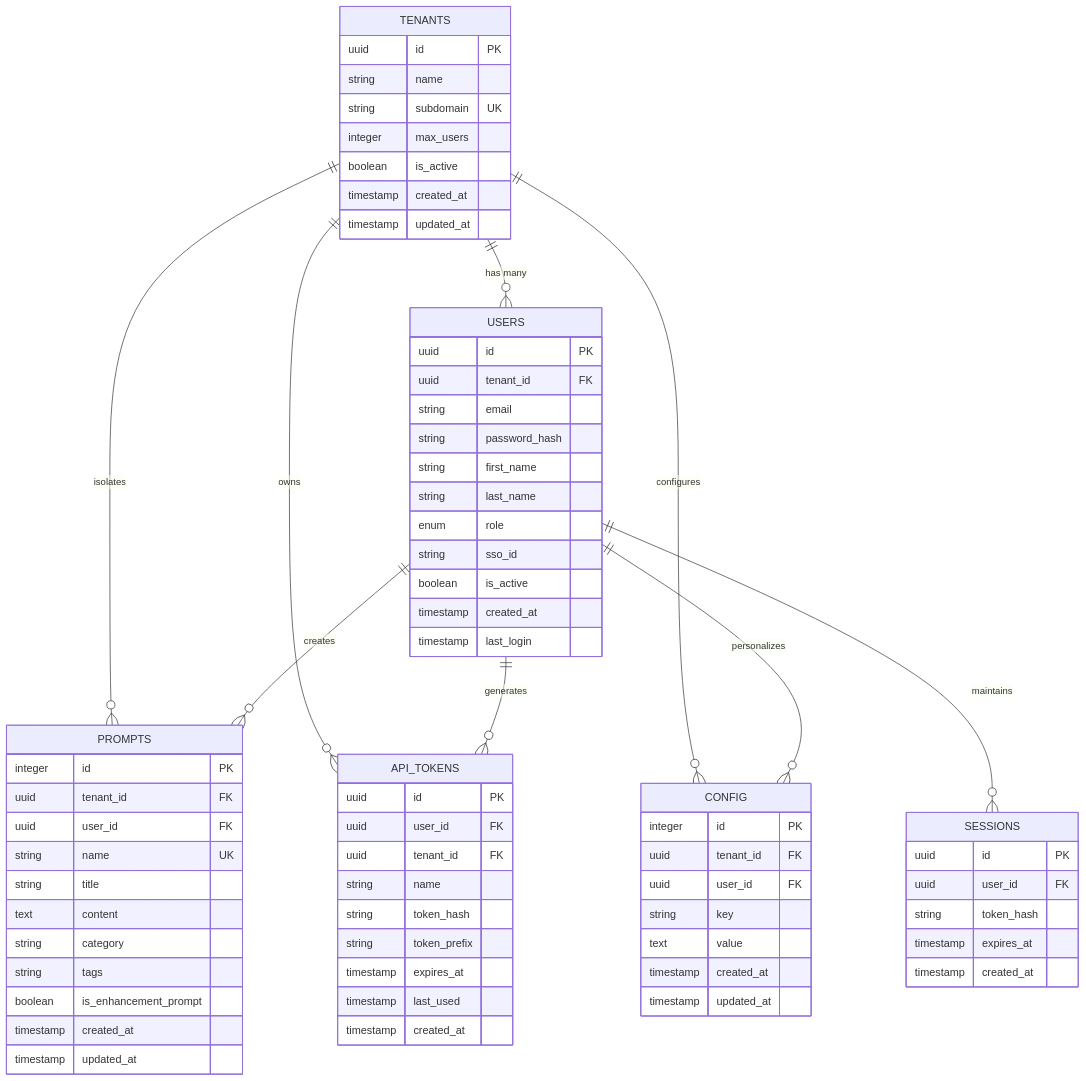
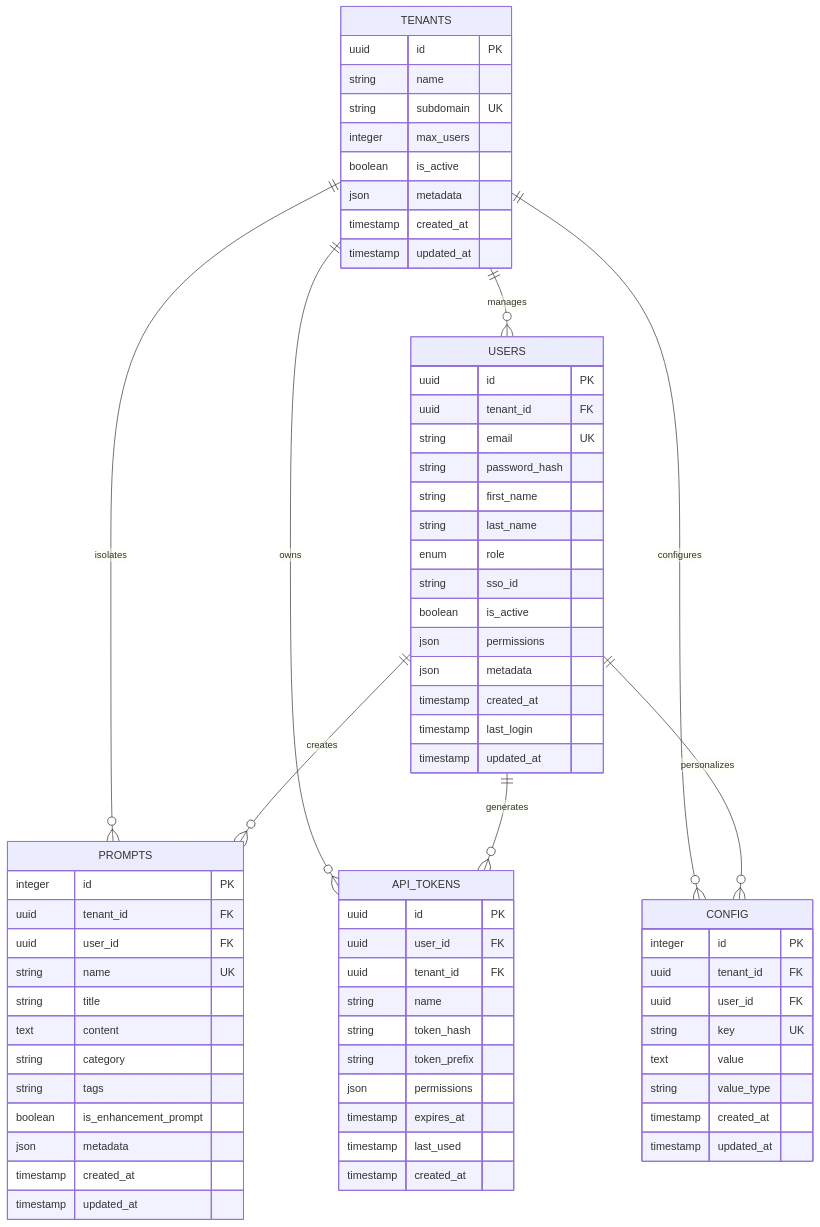
Before and after one commit to MakerCorn/ai-prompt-manager: the seventh of 16 diagrams in ARCHITECTURE.md, drawn with Mermaid. The commit also changed other lines of this file and 39 other files, not shown here.

````diff
--- a/ARCHITECTURE.md
+++ b/ARCHITECTURE.md
@@ -322,81 +426,79 @@
 ```mermaid
 erDiagram
     TENANTS {
         uuid id PK
         string name
         string subdomain UK
         integer max_users
         boolean is_active
+        json metadata
         timestamp created_at
         timestamp updated_at
     }
 
     USERS {
         uuid id PK
         uuid tenant_id FK
-        string email
+        string email UK
         string password_hash
         string first_name
         string last_name
         enum role
         string sso_id
         boolean is_active
+        json permissions
+        json metadata
         timestamp created_at
         timestamp last_login
+        timestamp updated_at
     }
 
     PROMPTS {
         integer id PK
         uuid tenant_id FK
         uuid user_id FK
         string name UK
         string title
         text content
         string category
         string tags
         boolean is_enhancement_prompt
+        json metadata
         timestamp created_at
         timestamp updated_at
     }
 
     API_TOKENS {
         uuid id PK
         uuid user_id FK
         uuid tenant_id FK
         string name
         string token_hash
         string token_prefix
+        json permissions
         timestamp expires_at
         timestamp last_used
         timestamp created_at
     }
 
     CONFIG {
         integer id PK
         uuid tenant_id FK
         uuid user_id FK
-        string key
+        string key UK
         text value
+        string value_type
         timestamp created_at
         timestamp updated_at
     }
 
-    SESSIONS {
-        uuid id PK
-        uuid user_id FK
-        string token_hash
-        timestamp expires_at
-        timestamp created_at
-    }
-
-    %% Relationships
-    TENANTS ||--o{ USERS : "has many"
+    %% Relationships with proper constraints
+    TENANTS ||--o{ USERS : "manages"
     TENANTS ||--o{ PROMPTS : "isolates"
     TENANTS ||--o{ API_TOKENS : "owns"
     TENANTS ||--o{ CONFIG : "configures"
     
     USERS ||--o{ PROMPTS : "creates"
     USERS ||--o{ API_TOKENS : "generates"
     USERS ||--o{ CONFIG : "personalizes"
-    USERS ||--o{ SESSIONS : "maintains"
 ```
````
